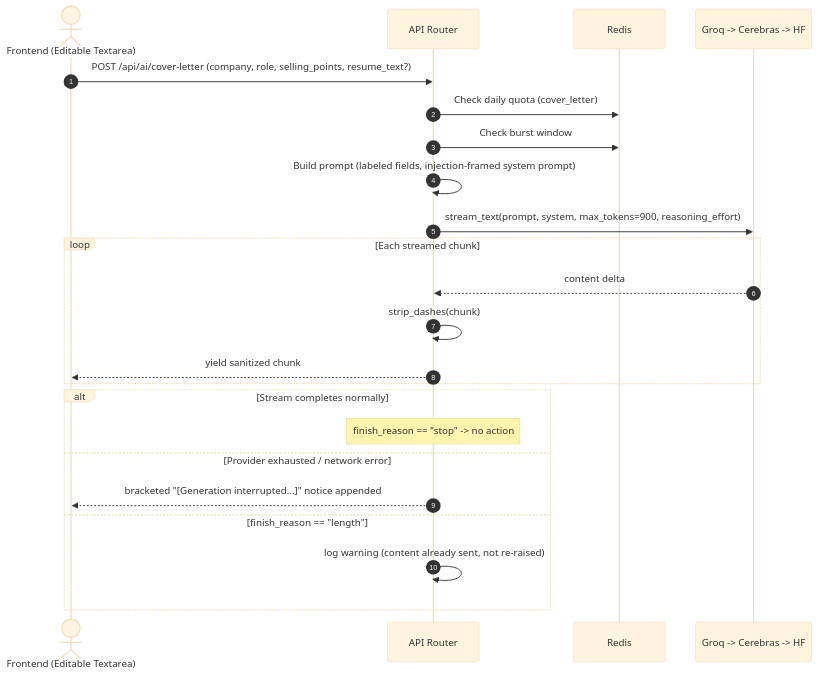
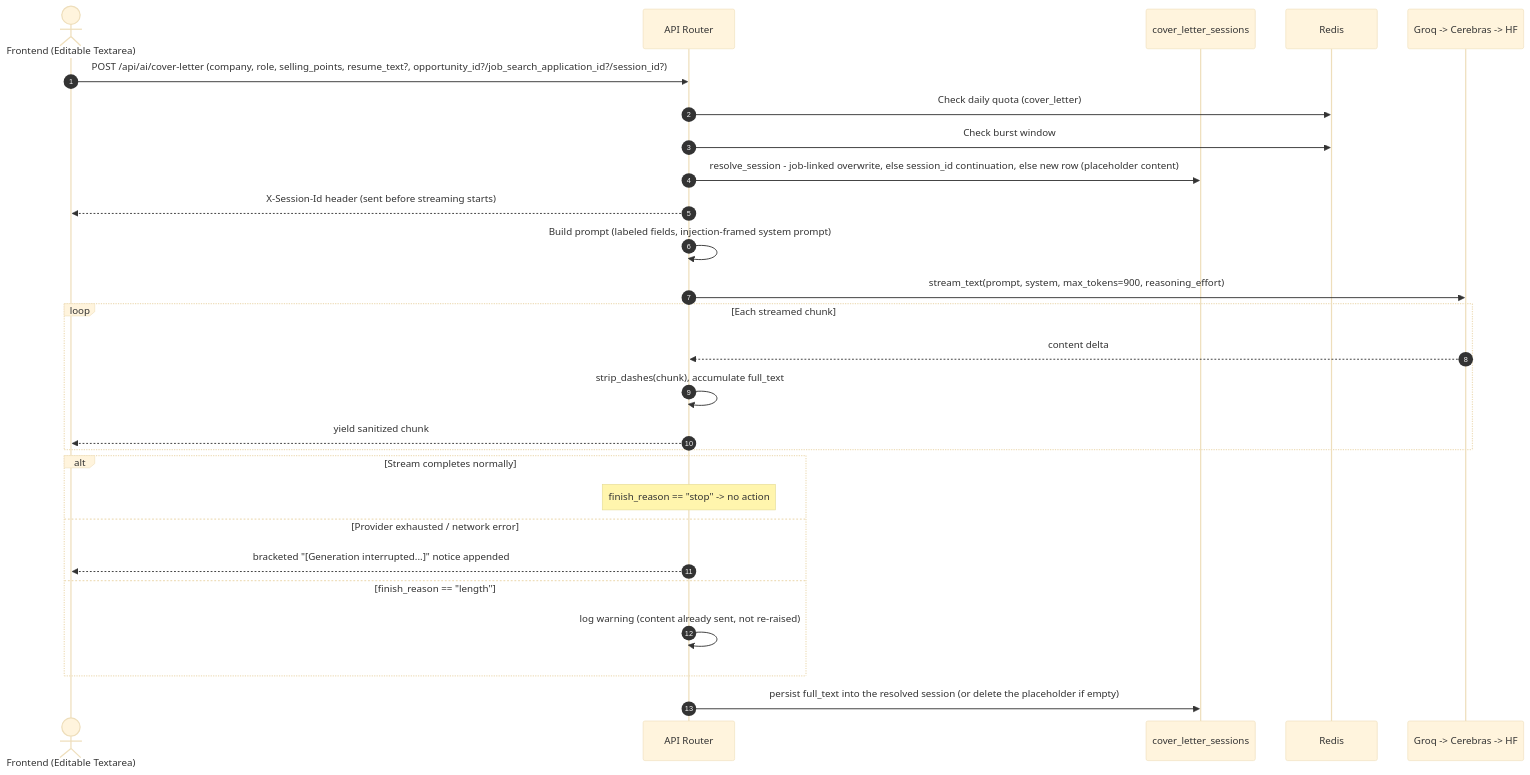
Before and after one commit to s4nkar/JobNok-ai-job-search-automation-platform: the first of 2 diagrams in docs/cover_letter/data_flow_and_schema.md, drawn with Mermaid (base theme). The commit also changed other lines of this file and 26 other files, not shown here.

````diff
--- a/docs/cover_letter/data_flow_and_schema.md
+++ b/docs/cover_letter/data_flow_and_schema.md
@@ -68,26 +68,30 @@
 ```mermaid
 sequenceDiagram
     autonumber
     actor Client as Frontend (Editable Textarea)
     participant Router as API Router
+    participant DB as cover_letter_sessions
     participant Redis as Redis
     participant LLM as Groq -> Cerebras -> HF
 
-    Client->>Router: POST /api/ai/cover-letter (company, role, selling_points, resume_text?)
+    Client->>Router: POST /api/ai/cover-letter (company, role, selling_points, resume_text?, opportunity_id?/job_search_application_id?/session_id?)
     Router->>Redis: Check daily quota (cover_letter)
     Router->>Redis: Check burst window
+    Router->>DB: resolve_session - job-linked overwrite, else session_id continuation, else new row (placeholder content)
+    Router-->>Client: X-Session-Id header (sent before streaming starts)
     Router->>Router: Build prompt (labeled fields, injection-framed system prompt)
     Router->>LLM: stream_text(prompt, system, max_tokens=900, reasoning_effort)
     loop Each streamed chunk
         LLM-->>Router: content delta
-        Router->>Router: strip_dashes(chunk)
+        Router->>Router: strip_dashes(chunk), accumulate full_text
         Router-->>Client: yield sanitized chunk
     end
     alt Stream completes normally
         Note over Router: finish_reason == "stop" -> no action
     else Provider exhausted / network error
         Router-->>Client: bracketed "[Generation interrupted...]" notice appended
     else finish_reason == "length"
         Router->>Router: log warning (content already sent, not re-raised)
     end
+    Router->>DB: persist full_text into the resolved session (or delete the placeholder if empty)
 ```
````
